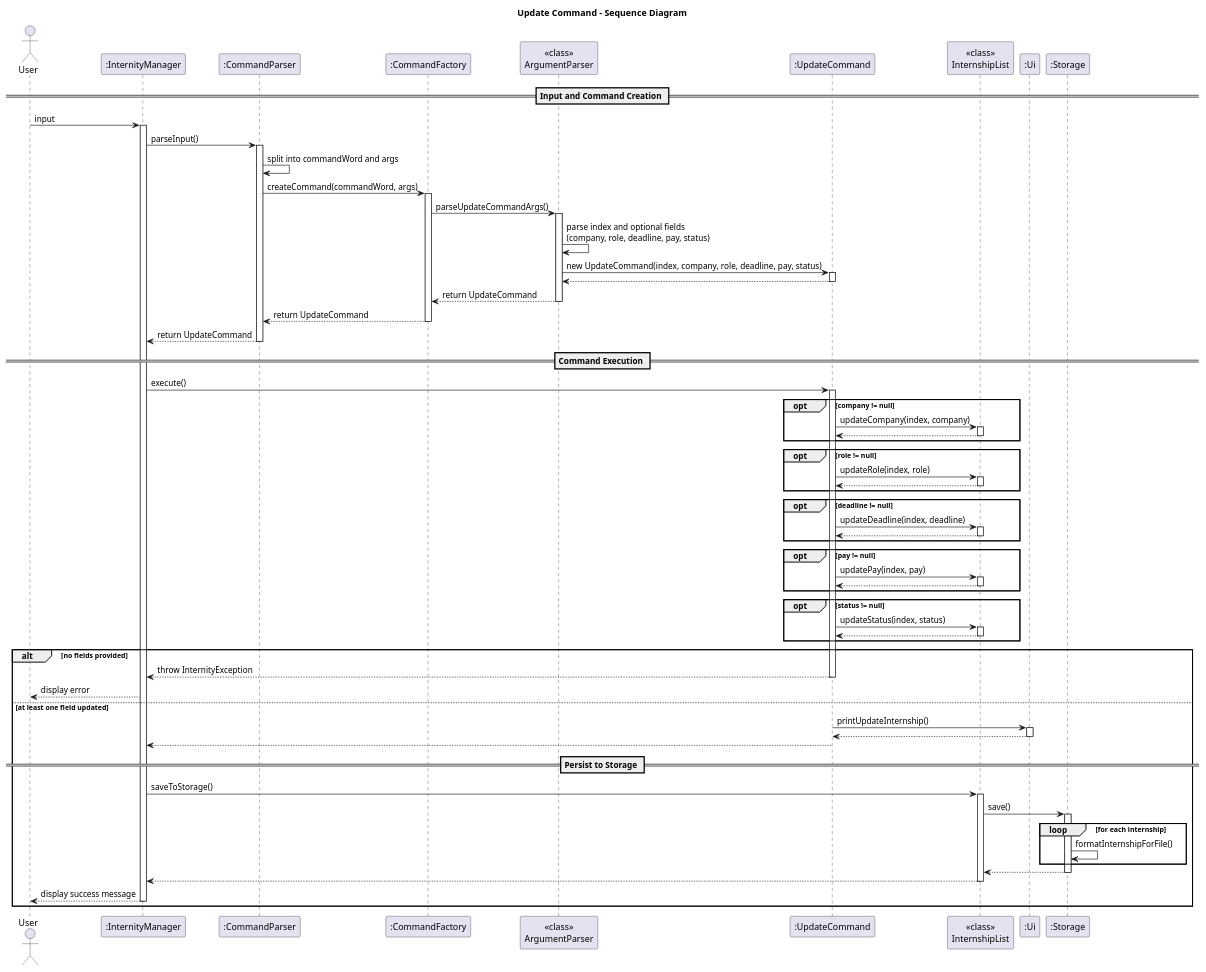
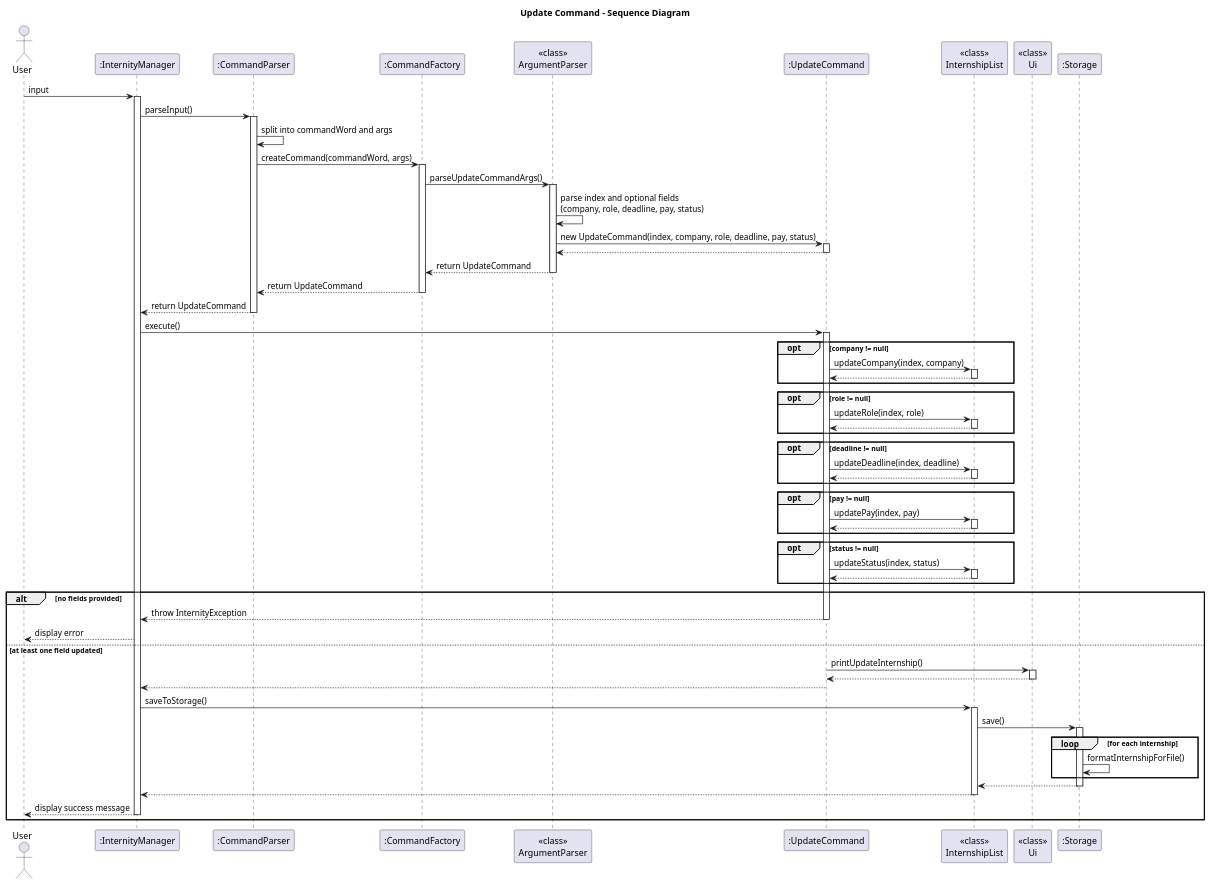
Before and after one commit to AY2526S1-CS2113-W14-4/tp: the diagram in docs/diagrams/UpdateCommandSD.puml, drawn with PlantUML. The commit also changed 4 other files, not shown here.

Commit message:
Add Update Command class diagram and fix SD

```diff
--- a/docs/diagrams/UpdateCommandSD.puml
+++ b/docs/diagrams/UpdateCommandSD.puml
@@ -1,114 +1,111 @@
 @startuml
 title Update Command - Sequence Diagram
 
 actor User
 participant ":InternityManager" as IM
 participant ":CommandParser" as CP
 participant ":CommandFactory" as CF
 participant "<<class>>\nArgumentParser" as AP
 participant ":UpdateCommand" as UC
 participant "<<class>>\nInternshipList" as IL
-participant ":Ui" as UI
+participant "<<class>>\nUi" as UI
 participant ":Storage" as S
 
-== Input and Command Creation ==
 User -> IM: input
 activate IM
 
 IM -> CP: parseInput()
 activate CP
 CP -> CP: split into commandWord and args
 
 CP -> CF: createCommand(commandWord, args)
 activate CF
 
 CF -> AP: parseUpdateCommandArgs()
 activate AP
 AP -> AP: parse index and optional fields\n(company, role, deadline, pay, status)
 
 AP -> UC: new UpdateCommand(index, company, role, deadline, pay, status)
 activate UC
 UC --> AP
 deactivate UC
 
 AP --> CF: return UpdateCommand
 deactivate AP
 
 CF --> CP: return UpdateCommand
 deactivate CF
 
 CP --> IM: return UpdateCommand
 deactivate CP
 
-== Command Execution ==
 IM -> UC: execute()
 activate UC
 
 opt company != null
   UC -> IL: updateCompany(index, company)
   activate IL
   IL --> UC
   deactivate IL
 end
 
 opt role != null
   UC -> IL: updateRole(index, role)
   activate IL
   IL --> UC
   deactivate IL
 end
 
 opt deadline != null
   UC -> IL: updateDeadline(index, deadline)
   activate IL
   IL --> UC
   deactivate IL
 end
 
 opt pay != null
   UC -> IL: updatePay(index, pay)
   activate IL
   IL --> UC
   deactivate IL
 end
 
 opt status != null
   UC -> IL: updateStatus(index, status)
   activate IL
   IL --> UC
   deactivate IL
 end
 
 alt no fields provided
   UC --> IM: throw InternityException
   deactivate UC
   IM --> User: display error
 else at least one field updated
   UC -> UI: printUpdateInternship()
   activate UI
   UI --> UC
   deactivate UI
 
   UC --> IM
   deactivate UC
 
-  == Persist to Storage ==
   IM -> IL: saveToStorage()
   activate IL
 
   IL -> S: save()
   activate S
   loop for each internship
     S -> S: formatInternshipForFile()
   end
   S --> IL
   deactivate S
 
   IL --> IM
   deactivate IL
 
   IM --> User: display success message
   deactivate IM
 end
 
 @enduml
```
